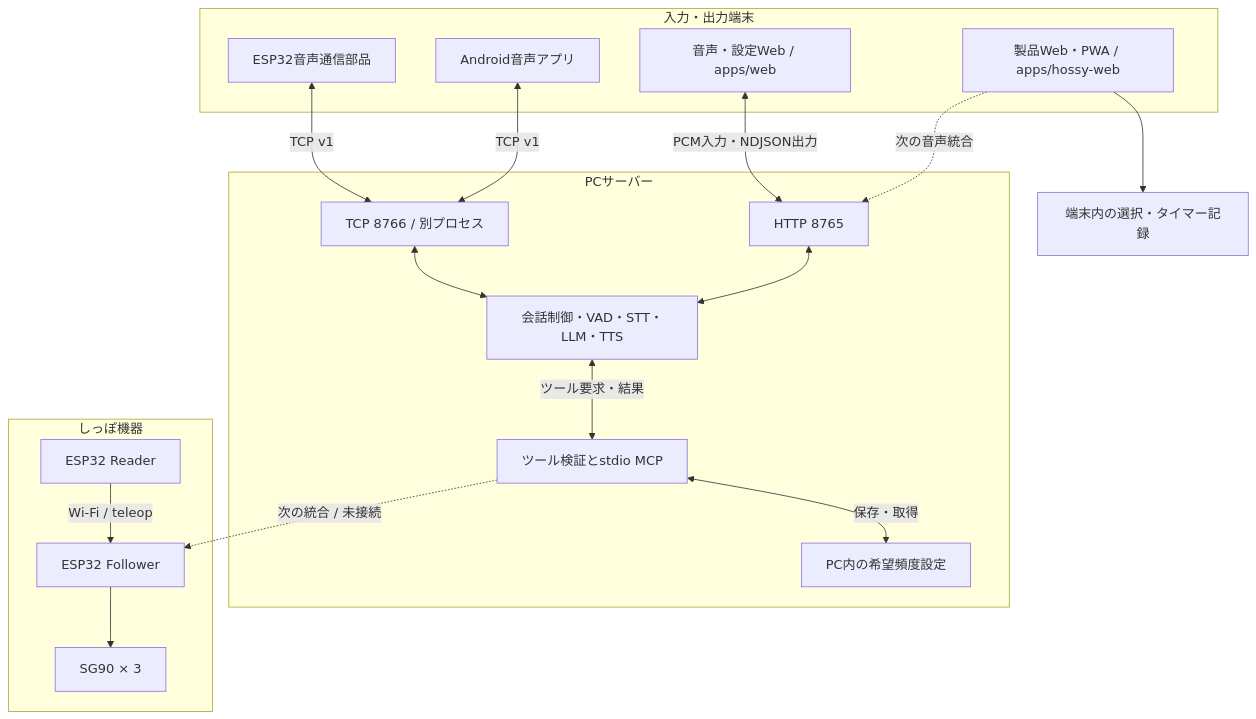
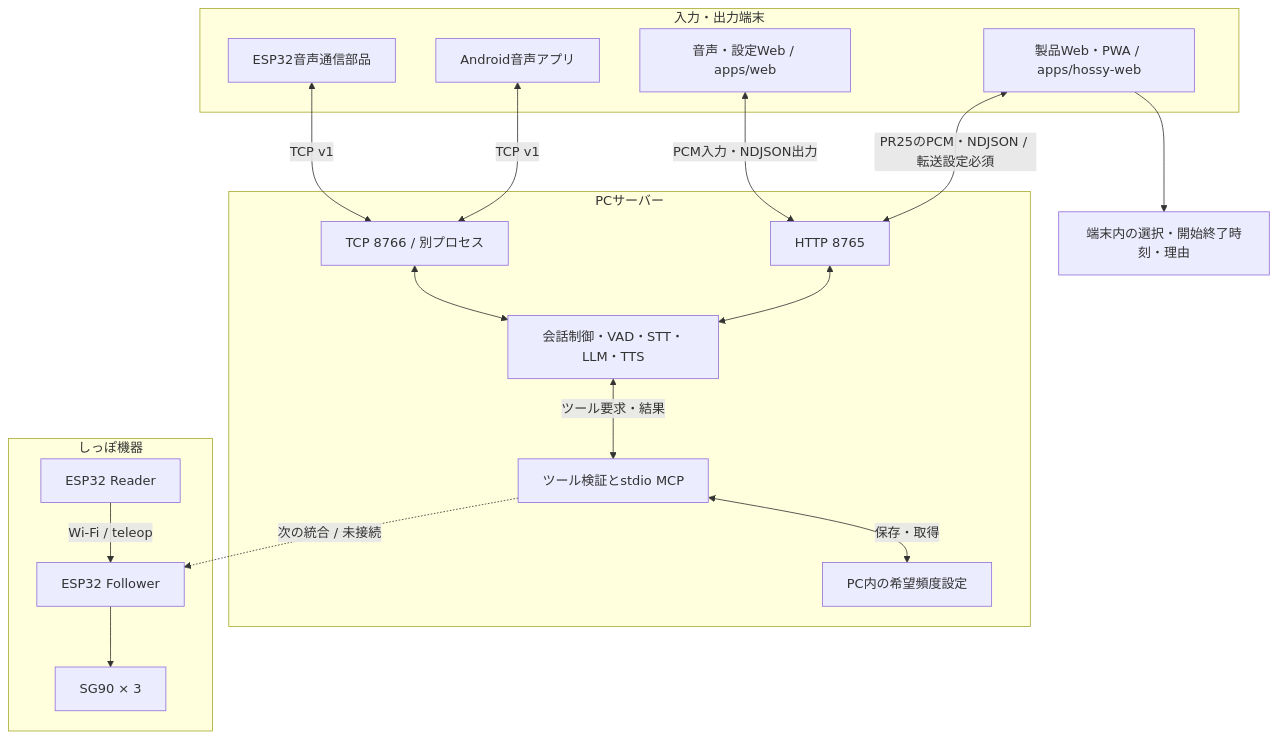
One commit to jphacks/kz_2614 changed the first of 7 diagrams in docs/architecture.md. Above: the diagram before and after it, drawn with Mermaid. The commit also changed other lines of this file and 3 other files, not shown here.

````diff
--- a/docs/architecture.md
+++ b/docs/architecture.md
@@ -15,32 +17,32 @@
 ```mermaid
 flowchart TB
     subgraph Clients[入力・出力端末]
         Web[音声・設定Web / apps/web]
         Product[製品Web・PWA / apps/hossy-web]
         Android[Android音声アプリ]
         VoiceESP[ESP32音声通信部品]
     end
     subgraph PC[PCサーバー]
         HTTP[HTTP 8765]
         TCP[TCP 8766 / 別プロセス]
         Pipeline[会話制御・VAD・STT・LLM・TTS]
         MCP[ツール検証とstdio MCP]
         Config[PC内の希望頻度設定]
     end
     subgraph Tail[しっぽ機器]
         Reader[ESP32 Reader]
         Follower[ESP32 Follower]
         Servo[SG90 × 3]
     end
-    Product --> BrowserData[端末内の選択・タイマー記録]
-    Product -.->|次の音声統合| HTTP
+    Product --> BrowserData[端末内の選択・開始終了時刻・理由]
+    Product <-->|PR25のPCM・NDJSON / 転送設定必須| HTTP
     Web <-->|PCM入力・NDJSON出力| HTTP
     Android <-->|TCP v1| TCP
     VoiceESP <-->|TCP v1| TCP
     HTTP <--> Pipeline
     TCP <--> Pipeline
     Pipeline <-->|ツール要求・結果| MCP
     MCP <-->|保存・取得| Config
     MCP -.->|次の統合 / 未接続| Follower
     Reader -->|Wi-Fi / teleop| Follower --> Servo
 ```
````
